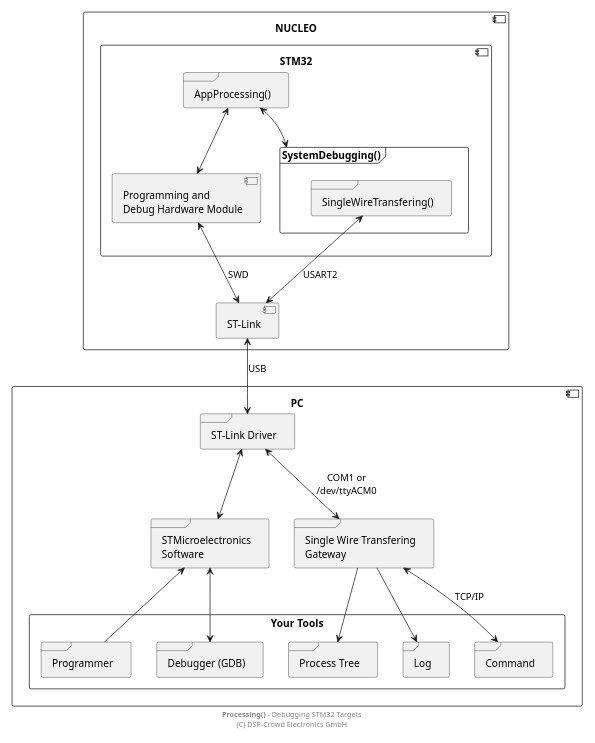
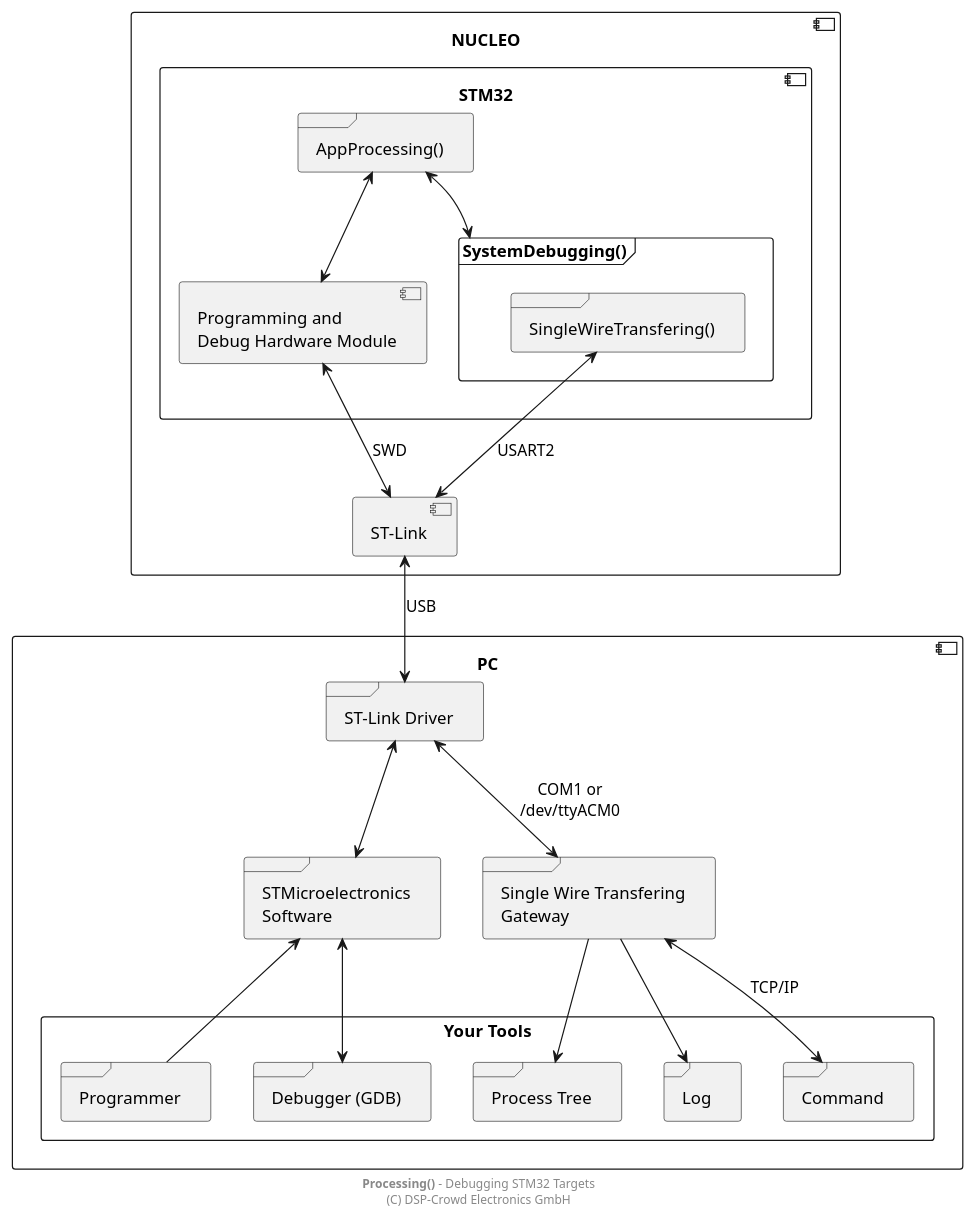
The diagram in doc/system/stm32-uart_3.pu (NoOrientationProgramming/hello-world-stm32), drawn with PlantUML before and after one commit. The commit also changed 2 other files, not shown here.

```diff
--- a/doc/system/stm32-uart_3.pu
+++ b/doc/system/stm32-uart_3.pu
@@ -2,64 +2,64 @@
 @startuml
 
 ' skinparam linetype ortho
-scale 0.6
+' scale 0.6
 
 component "NUCLEO" as pNuc {
 
   component "STM32" {
 
     frame "AppProcessing()" as pApp
 
     frame "SystemDebugging()" as pSysDbg {
       frame "SingleWireTransfering()" as pSwt
     }
 
     component "Programming and\nDebug Hardware Module" as pHwDbg
 
     pApp <--> pHwDbg
     pApp <--> pSysDbg
   }
 
   component "ST-Link" as pStLink
 
   pSwt <--> pStLink : USART2
   pHwDbg <--> pStLink : SWD
 }
 
 component PC as pPc {
 
   frame "ST-Link Driver" as pDrv
 
   frame "Single Wire Transfering\nGateway" as pGw
   frame "STMicroelectronics\nSoftware" as pStSw
 
   rectangle "Your Tools" as pTools {
 
     frame "Programmer" as pProg
     frame "Debugger (GDB)" as pDbg
 
     frame "Process Tree" as pTree
     frame "Log" as pLog
     frame "Command" as pCmd
     ' frame "Custom\nChannels" as pCustom
   }
 
   pDrv <--> pStSw
   pDrv <--> pGw : "COM1 or\n/dev/ttyACM0"
 
   pGw --> pTree
   pGw --> pLog
   pGw <--> pCmd : "TCP/IP"
   ' pGw <--> pCustom
 
   pStSw <-- pProg
   pStSw <--> pDbg
 
   pStSw -r[hidden]- pGw
 }
 
 pStLink <--> pDrv : USB
 
 footer **Processing()** - Debugging STM32 Targets\n(C) DSP-Crowd Electronics GmbH
 
 @enduml
```
